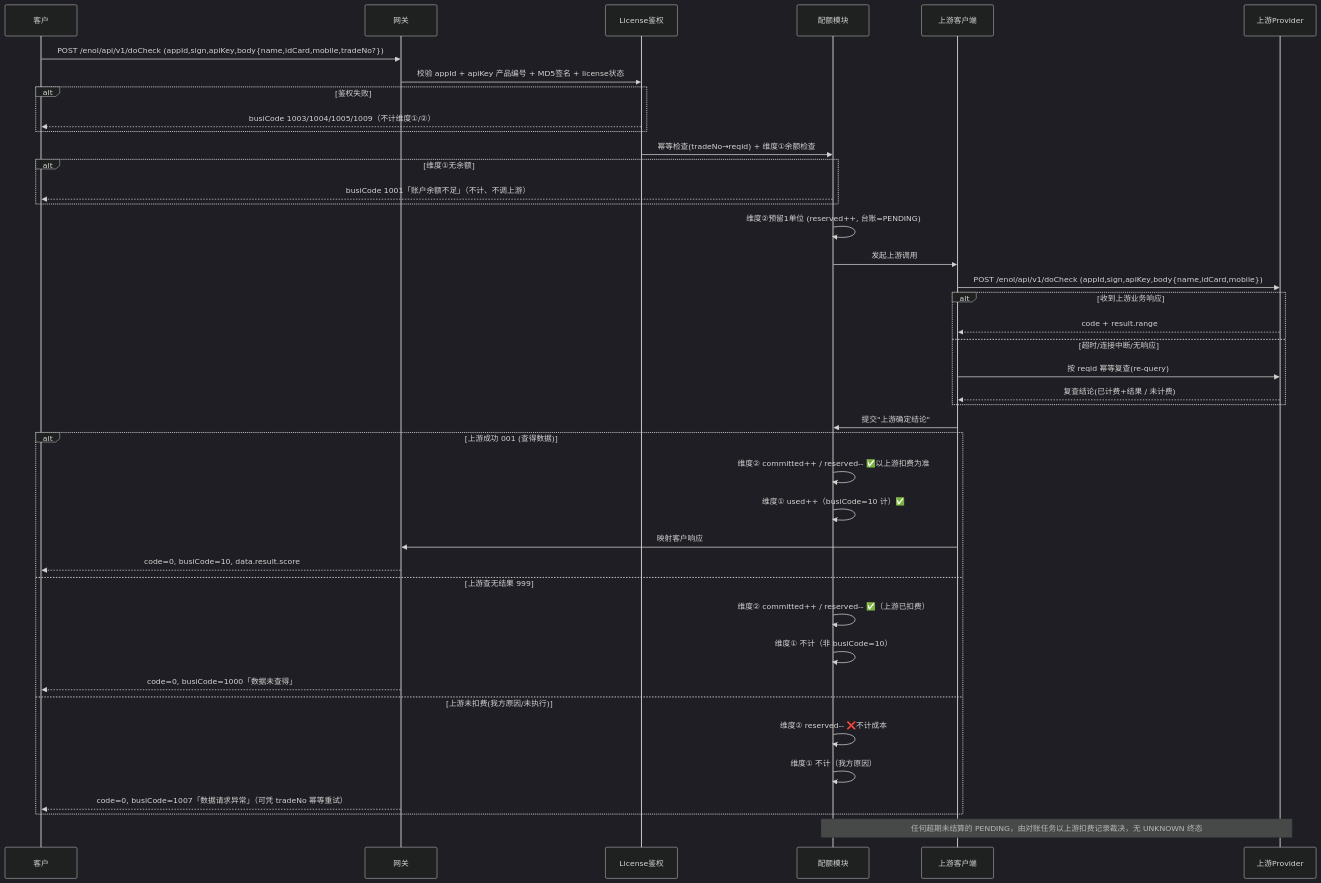
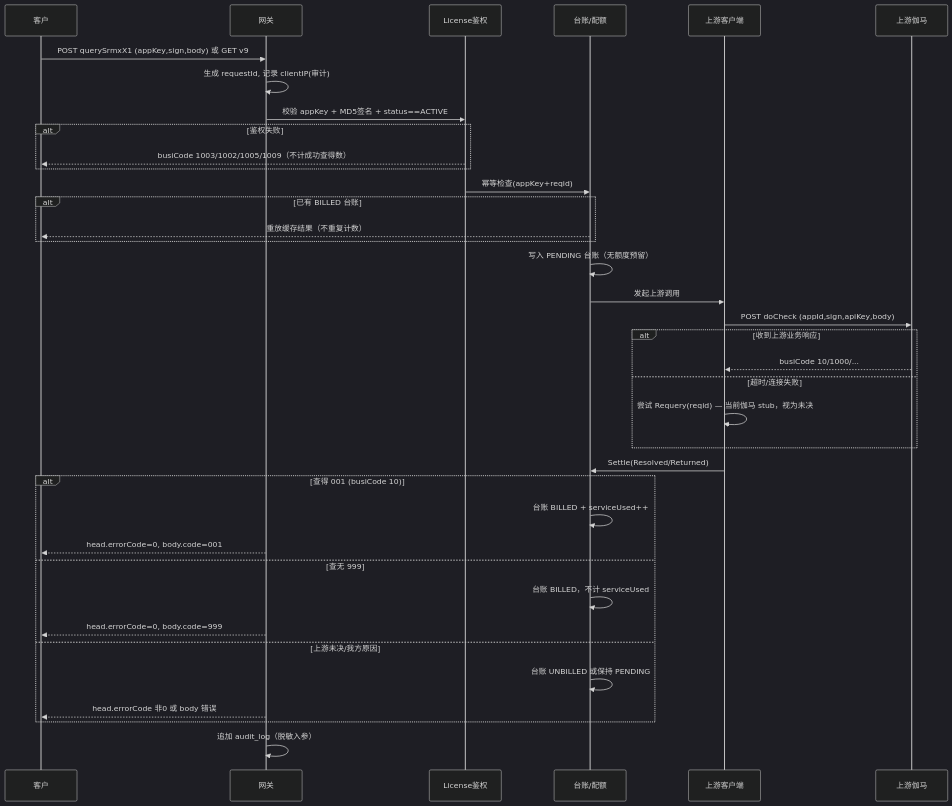
Before and after one commit to YunChen1227/DataHub: the second of 3 diagrams in docs/DESIGN.md, drawn with Mermaid (dark theme). The commit also changed other lines of this file and 32 other files, not shown here.

````diff
--- a/docs/DESIGN.md
+++ b/docs/DESIGN.md
@@ -109,46 +115,42 @@
 ```mermaid
 sequenceDiagram
     participant C as 客户
     participant GW as 网关
     participant L as License鉴权
-    participant Q as 配额模块
+    participant Q as 台账/配额
     participant U as 上游客户端
-    participant P as 上游Provider
+    participant P as 上游伽马
 
-    C->>GW: POST /enol/api/v1/doCheck (appId,sign,apiKey,body{name,idCard,mobile,tradeNo?})
-    GW->>L: 校验 appId + apiKey 产品编号 + MD5签名 + license状态
+    C->>GW: POST querySrmxX1 (appKey,sign,body) 或 GET v9
+    GW->>GW: 生成 requestId, 记录 clientIP(审计)
+    GW->>L: 校验 appKey + MD5签名 + status==ACTIVE
     alt 鉴权失败
-        L-->>C: busiCode 1003/1004/1005/1009（不计维度①/②）
+        L-->>C: busiCode 1003/1002/1005/1009（不计成功查得数）
     end
-    L->>Q: 幂等检查(tradeNo→reqid) + 维度①余额检查
-    alt 维度①无余额
-        Q-->>C: busiCode 1001「账户余额不足」（不计、不调上游）
+    L->>Q: 幂等检查(appKey+reqid)
+    alt 已有 BILLED 台账
+        Q-->>C: 重放缓存结果（不重复计数）
     end
-    Q->>Q: 维度②预留1单位 (reserved++, 台账=PENDING)
+    Q->>Q: 写入 PENDING 台账（无额度预留）
     Q->>U: 发起上游调用
-    U->>P: POST /enol/api/v1/doCheck (appId,sign,apiKey,body{name,idCard,mobile})
+    U->>P: POST doCheck (appId,sign,apiKey,body)
 
     alt 收到上游业务响应
-        P-->>U: code + result.range
-    else 超时/连接中断/无响应
-        U->>P: 按 reqid 幂等复查(re-query)
-        P-->>U: 复查结论(已计费+结果 / 未计费)
+        P-->>U: busiCode 10/1000/...
+    else 超时/连接失败
+        U->>U: 尝试 Requery(reqid) — 当前伽马 stub，视为未决
     end
 
-    U->>Q: 提交"上游确定结论"
-    alt 上游成功 001 (查得数据)
-        Q->>Q: 维度② committed++ / reserved-- ✅以上游扣费为准
-        Q->>Q: 维度① used++（busiCode=10 计）✅
-        U->>GW: 映射客户响应
-        GW-->>C: code=0, busiCode=10, data.result.score
-    else 上游查无结果 999
-        Q->>Q: 维度② committed++ / reserved-- ✅（上游已扣费）
-        Q->>Q: 维度① 不计（非 busiCode=10）
-        GW-->>C: code=0, busiCode=1000「数据未查得」
-    else 上游未扣费(我方原因/未执行)
-        Q->>Q: 维度② reserved-- ❌不计成本
-        Q->>Q: 维度① 不计（我方原因）
-        GW-->>C: code=0, busiCode=1007「数据请求异常」（可凭 tradeNo 幂等重试）
+    U->>Q: Settle(Resolved/Returned)
+    alt 查得 001 (busiCode 10)
+        Q->>Q: 台账 BILLED + serviceUsed++
+        GW-->>C: head.errorCode=0, body.code=001
+    else 查无 999
+        Q->>Q: 台账 BILLED，不计 serviceUsed
+        GW-->>C: head.errorCode=0, body.code=999
+    else 上游未决/我方原因
+        Q->>Q: 台账 UNBILLED 或保持 PENDING
+        GW-->>C: head.errorCode 非0 或 body 错误
     end
-    note over Q,P: 任何超期未结算的 PENDING，由对账任务以上游扣费记录裁决，无 UNKNOWN 终态
+    GW->>GW: 追加 audit_log（脱敏入参）
 ```
````
